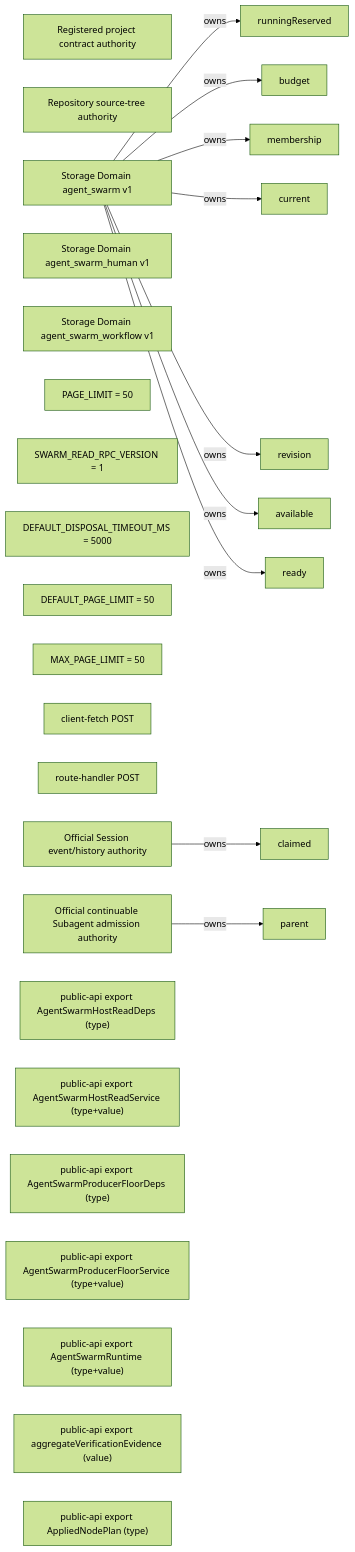
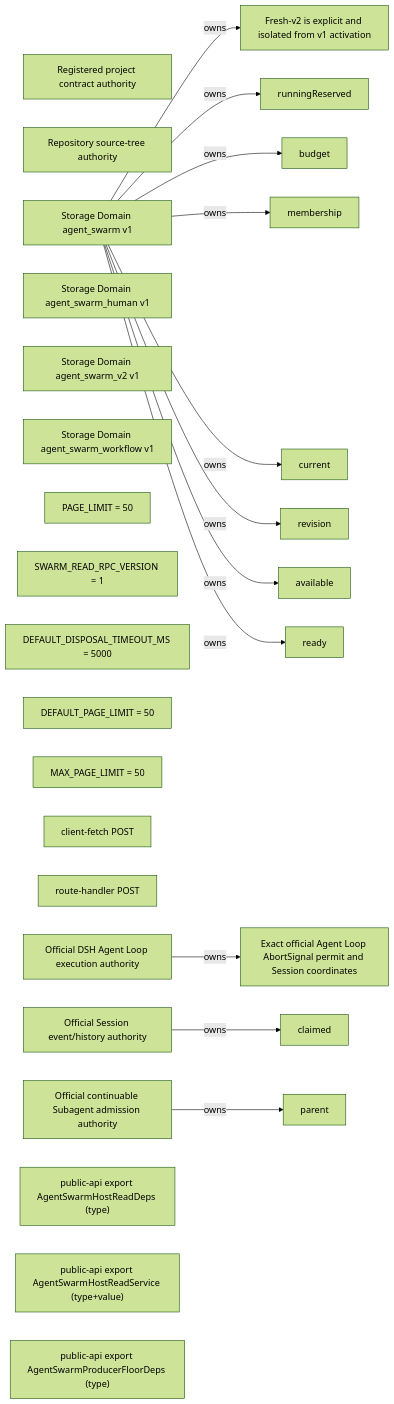
The sixth of 6 diagrams in docs/generated/knowledge-graph/authority-permission.md (leinasi2014/dsh-agent-swarm), drawn with Mermaid (forest theme) before and after one commit. The commit also changed other lines of this file and 55 other files, not shown here.

````diff
--- a/docs/generated/knowledge-graph/authority-permission.md
+++ b/docs/generated/knowledge-graph/authority-permission.md
@@ -110,42 +110,44 @@
 ```mermaid
 flowchart LR
   n_617574686f726974793a70726f6a6563742d636f6e747261637473["Registered project contract authority"]
   n_617574686f726974793a736f757263652d74726565["Repository source-tree authority"]
   n_646f6d61696e3a6167656e742d737761726d["Storage Domain agent_swarm v1"]
   n_646f6d61696e3a6167656e742d737761726d2d68756d616e["Storage Domain agent_swarm_human v1"]
+  n_646f6d61696e3a6167656e742d737761726d2d7632["Storage Domain agent_swarm_v2 v1"]
   n_646f6d61696e3a6167656e742d737761726d2d776f726b666c6f77["Storage Domain agent_swarm_workflow v1"]
   n_67756172643a617474656d70742d72756e6e696e672d7265736572766564["runningReserved"]
   n_67756172643a6275646765742d7265736572766174696f6e2d61646d69737369626c65["budget"]
   n_67756172643a6361707461696e2d6f722d73656c662d6d656d62657273686970["membership"]
   n_67756172643a636c61696d65642d6672616d652d6f6e6c792d61636b6e6f776c656467656d656e74["claimed"]
   n_67756172643a65786163742d63757272656e742d617474656d7074["current"]
   n_67756172643a65786163742d7461736b2d7265766973696f6e["revision"]
+  n_67756172643a66726573682d76322d6578706572696d656e74616c2d61637469766174696f6e["Fresh-v2 is explicit and isolated from v1 activation"]
+  n_67756172643a66726573682d76322d6f6666696369616c2d6167656e742d6c6f6f702d72657175657374["Exact official Agent Loop AbortSignal permit and Session coordinates"]
   n_67756172643a6d656d6265722d6861732d6e6f2d6f70656e2d776f726b["available"]
   n_67756172643a6f6666696369616c2d6c6976652d6469726563742d706172656e742d61646d697373696f6e["parent"]
   n_67756172643a7270632d626f756e642f7372632f636c69656e742f7465616d2d64617368626f6172642d636f6e74726f6c6c65722e74732f706167655f6c696d6974["PAGE_LIMIT = 50"]
   n_67756172643a7270632d626f756e642f7372632f7270632f726561642d7270632d636f6e74726163742e74732f737761726d5f726561645f7270635f76657273696f6e["SWARM_READ_RPC_VERSION = 1"]
   n_67756172643a7270632d626f756e642f7372632f7270632f726561642d7270632d736572766963652e74732f64656661756c745f646973706f73616c5f74696d656f75745f6d73["DEFAULT_DISPOSAL_TIMEOUT_MS = 5000"]
   n_67756172643a7270632d626f756e642f7372632f7270632f726561642d7270632d736572766963652e74732f64656661756c745f706167655f6c696d6974["DEFAULT_PAGE_LIMIT = 50"]
   n_67756172643a7270632d626f756e642f7372632f7270632f726561642d7270632d736572766963652e74732f6d61785f706167655f6c696d6974["MAX_PAGE_LIMIT = 50"]
   n_67756172643a7270632d687474702f30312d7372632f636c69656e742f726561642d636c69656e742e7473["client-fetch POST"]
   n_67756172643a7270632d687474702f30322d7372632f7270632f726561642d7270632d736572766963652e7473["route-handler POST"]
   n_67756172643a7461736b2d7265616479["ready"]
+  n_6f6666696369616c2d617574686f726974793a6167656e742d6c6f6f70["Official DSH Agent Loop execution authority"]
   n_6f6666696369616c2d617574686f726974793a73657373696f6e["Official Session event/history authority"]
   n_6f6666696369616c2d617574686f726974793a7375626167656e74["Official continuable Subagent admission authority"]
   n_7075626c69632d6361706162696c6974793a6578706f72742f7075626c69632d6170692f6167656e74737761726d686f73747265616464657073["public-api export AgentSwarmHostReadDeps (type)"]
   n_7075626c69632d6361706162696c6974793a6578706f72742f7075626c69632d6170692f6167656e74737761726d686f73747265616473657276696365["public-api export AgentSwarmHostReadService (type+value)"]
   n_7075626c69632d6361706162696c6974793a6578706f72742f7075626c69632d6170692f6167656e74737761726d70726f6475636572666c6f6f7264657073["public-api export AgentSwarmProducerFloorDeps (type)"]
-  n_7075626c69632d6361706162696c6974793a6578706f72742f7075626c69632d6170692f6167656e74737761726d70726f6475636572666c6f6f7273657276696365["public-api export AgentSwarmProducerFloorService (type+value)"]
-  n_7075626c69632d6361706162696c6974793a6578706f72742f7075626c69632d6170692f6167656e74737761726d72756e74696d65["public-api export AgentSwarmRuntime (type+value)"]
-  n_7075626c69632d6361706162696c6974793a6578706f72742f7075626c69632d6170692f616767726567617465766572696669636174696f6e65766964656e6365["public-api export aggregateVerificationEvidence (value)"]
-  n_7075626c69632d6361706162696c6974793a6578706f72742f7075626c69632d6170692f6170706c6965646e6f6465706c616e["public-api export AppliedNodePlan (type)"]
+  n_646f6d61696e3a6167656e742d737761726d -->|owns| n_67756172643a66726573682d76322d6578706572696d656e74616c2d61637469766174696f6e
+  n_6f6666696369616c2d617574686f726974793a6167656e742d6c6f6f70 -->|owns| n_67756172643a66726573682d76322d6f6666696369616c2d6167656e742d6c6f6f702d72657175657374
   n_646f6d61696e3a6167656e742d737761726d -->|owns| n_67756172643a617474656d70742d72756e6e696e672d7265736572766564
   n_646f6d61696e3a6167656e742d737761726d -->|owns| n_67756172643a6275646765742d7265736572766174696f6e2d61646d69737369626c65
   n_646f6d61696e3a6167656e742d737761726d -->|owns| n_67756172643a6361707461696e2d6f722d73656c662d6d656d62657273686970
   n_6f6666696369616c2d617574686f726974793a73657373696f6e -->|owns| n_67756172643a636c61696d65642d6672616d652d6f6e6c792d61636b6e6f776c656467656d656e74
   n_646f6d61696e3a6167656e742d737761726d -->|owns| n_67756172643a65786163742d63757272656e742d617474656d7074
   n_646f6d61696e3a6167656e742d737761726d -->|owns| n_67756172643a65786163742d7461736b2d7265766973696f6e
   n_646f6d61696e3a6167656e742d737761726d -->|owns| n_67756172643a6d656d6265722d6861732d6e6f2d6f70656e2d776f726b
   n_6f6666696369616c2d617574686f726974793a7375626167656e74 -->|owns| n_67756172643a6f6666696369616c2d6c6976652d6469726563742d706172656e742d61646d697373696f6e
   n_646f6d61696e3a6167656e742d737761726d -->|owns| n_67756172643a7461736b2d7265616479
 ```
````
